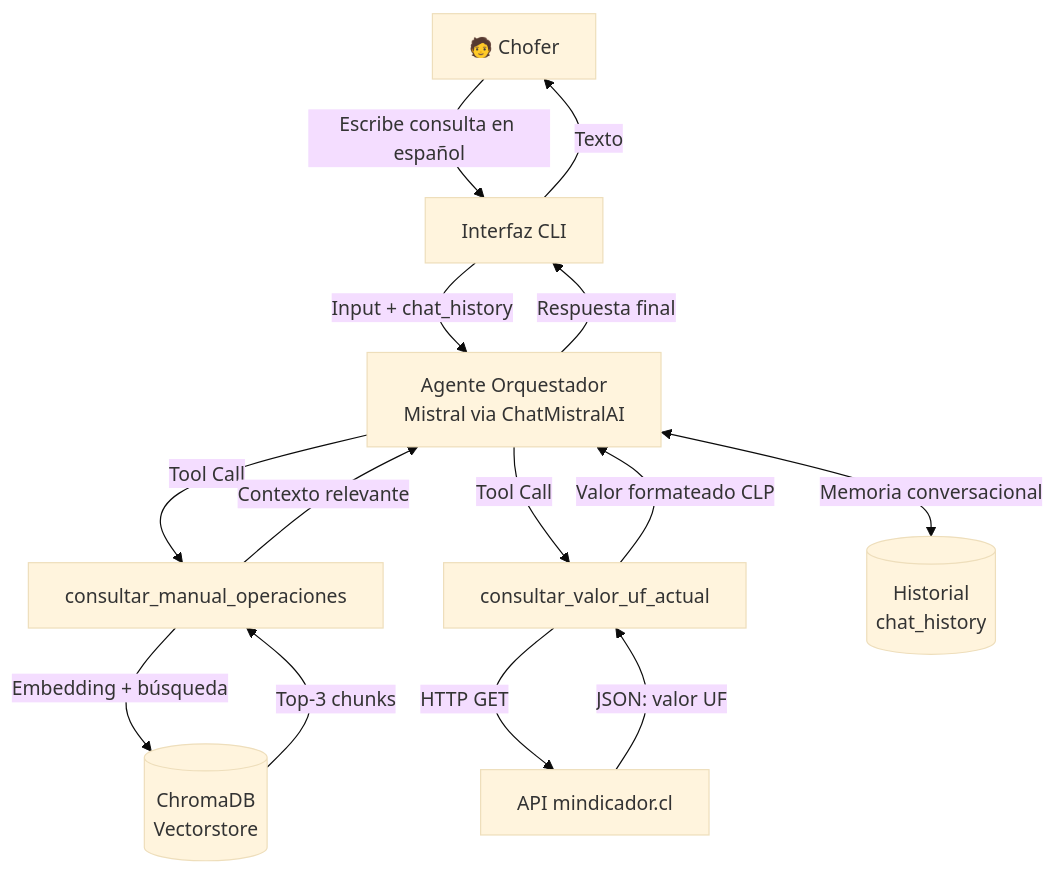
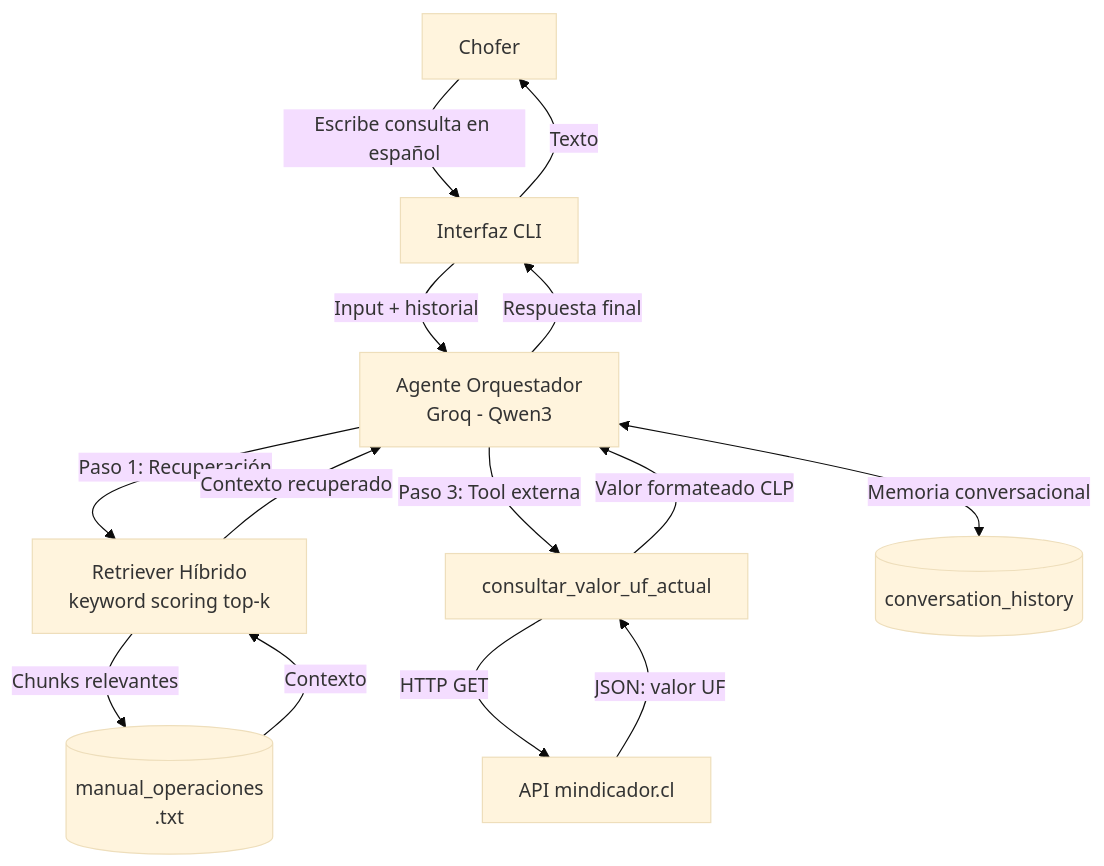
The diagram in docs/arquitectura.md (niccastillo23/ev1IA), drawn with Mermaid (base theme) before and after one commit. The commit also changed other lines of this file and 8 other files, not shown here.

Commit message:
refactor: migrar a Groq (Qwen3) con RAG y herramientas externas

````diff
--- a/docs/arquitectura.md
+++ b/docs/arquitectura.md
@@ -5,21 +5,21 @@
 ```mermaid
 flowchart TD
-    A[🧑 Chofer] -->|Escribe consulta en español| B[Interfaz CLI]
-    B -->|Input + chat_history| C[Agente Orquestador<br/>Mistral via ChatMistralAI]
+    A[Chofer] -->|Escribe consulta en español| B[Interfaz CLI]
+    B -->|Input + historial| C[Agente Orquestador<br/>Groq - Qwen3]
 
-    C -->|Tool Call| D[consultar_manual_operaciones]
-    C -->|Tool Call| E[consultar_valor_uf_actual]
+    C -->|Paso 1: Recuperación| D[Retriever Híbrido<br/>keyword scoring top-k]
+    C -->|Paso 3: Tool externa| E[consultar_valor_uf_actual]
 
-    D -->|Embedding + búsqueda| F[(ChromaDB<br/>Vectorstore)]
-    F -->|Top-3 chunks| D
-    D -->|Contexto relevante| C
+    D -->|Chunks relevantes| F[(manual_operaciones<br/>.txt)]
+    F -->|Contexto| D
+    D -->|Contexto recuperado| C
 
     E -->|HTTP GET| G[API mindicador.cl]
     G -->|JSON: valor UF| E
     E -->|Valor formateado CLP| C
 
     C -->|Respuesta final| B
     B -->|Texto| A
 
-    C <-->|Memoria conversacional| H[(Historial<br/>chat_history)]
+    C <-->|Memoria conversacional| H[(conversation_history)]
 ```
````
